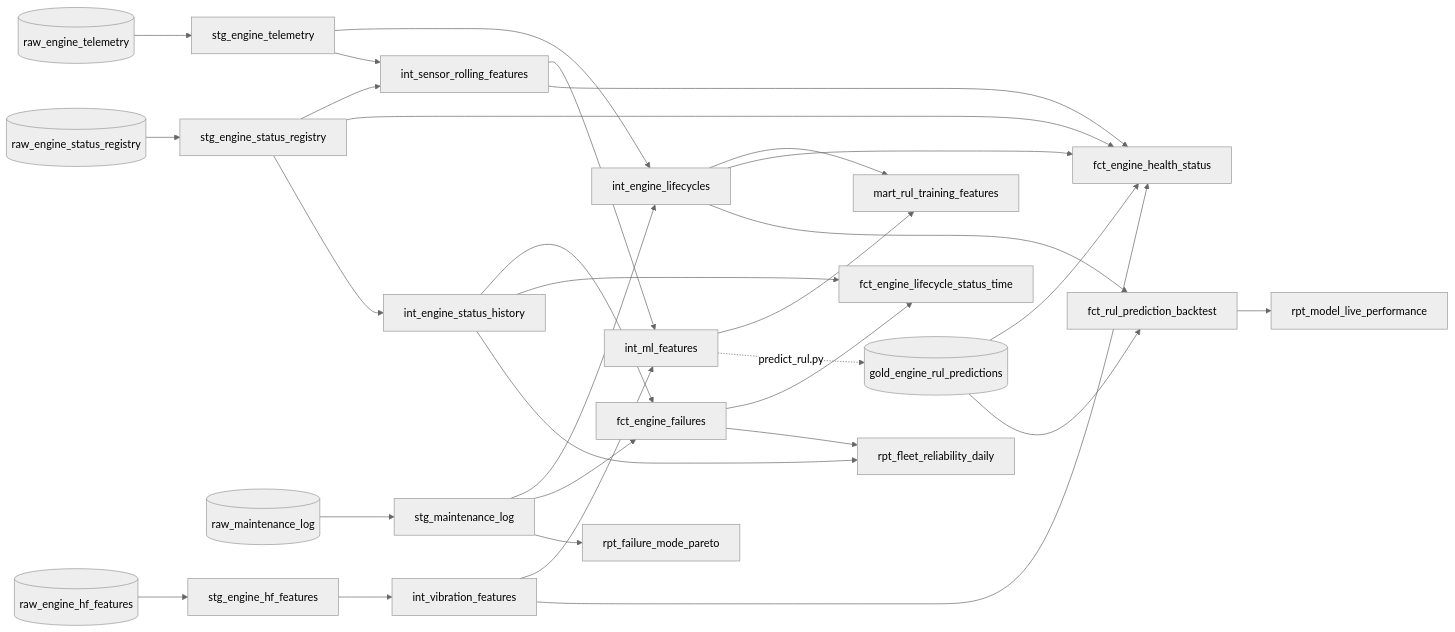
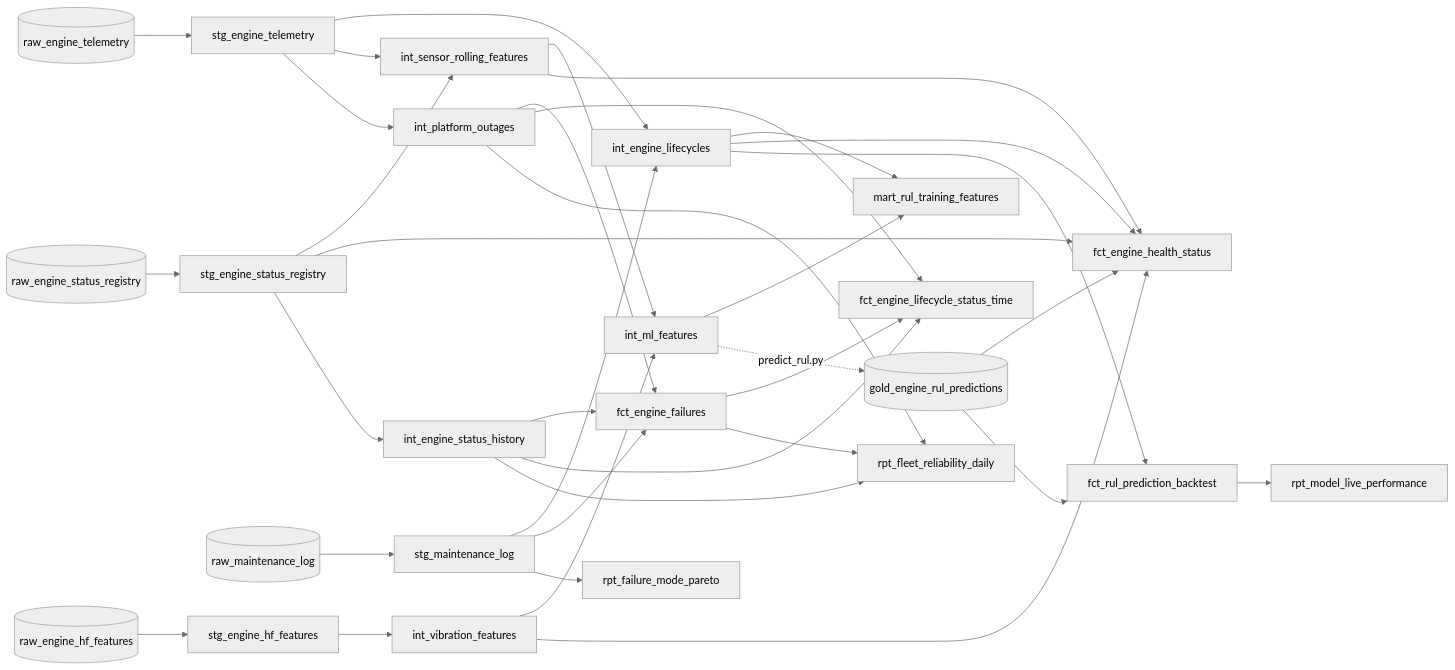
One commit to mahanfatehian/jet-engine-lakehouse changed the diagram in docs/architecture.md. Above: the diagram before and after it, drawn with Mermaid (neutral theme). The commit also changed other lines of this file and 5 other files, not shown here.

````diff
--- a/docs/architecture.md
+++ b/docs/architecture.md
@@ -192,33 +193,37 @@
 ```mermaid
 flowchart LR
     RT[(raw_engine_telemetry)] --> STG[stg_engine_telemetry]
     RR[(raw_engine_status_registry)] --> STR[stg_engine_status_registry]
     RM[(raw_maintenance_log)] --> STM[stg_maintenance_log]
     STG --> LC[int_engine_lifecycles]
     STM --> LC
     RH[(raw_engine_hf_features)] --> SHF[stg_engine_hf_features]
     STG --> F[int_sensor_rolling_features]
     STR --> F
     SHF --> VIB[int_vibration_features]
     F --> ML[int_ml_features]
     VIB --> ML
     ML --> MART[mart_rul_training_features]
     LC --> MART
     F --> FCT[fct_engine_health_status]
     VIB --> FCT
     STR --> FCT
     LC --> FCT
     P[(gold_engine_rul_predictions)] --> FCT
     ML -.->|predict_rul.py| P
     P --> BT[fct_rul_prediction_backtest]
     LC --> BT
     BT --> RPT[rpt_model_live_performance]
     STR --> SCD[int_engine_status_history]
     SCD --> FAIL[fct_engine_failures]
     STM --> FAIL
     SCD --> LST[fct_engine_lifecycle_status_time]
     FAIL --> LST
     SCD --> DAY[rpt_fleet_reliability_daily]
     FAIL --> DAY
+    STG --> OUT[int_platform_outages]
+    OUT --> FAIL
+    OUT --> LST
+    OUT --> DAY
     STM --> PAR[rpt_failure_mode_pareto]
 ```
````
